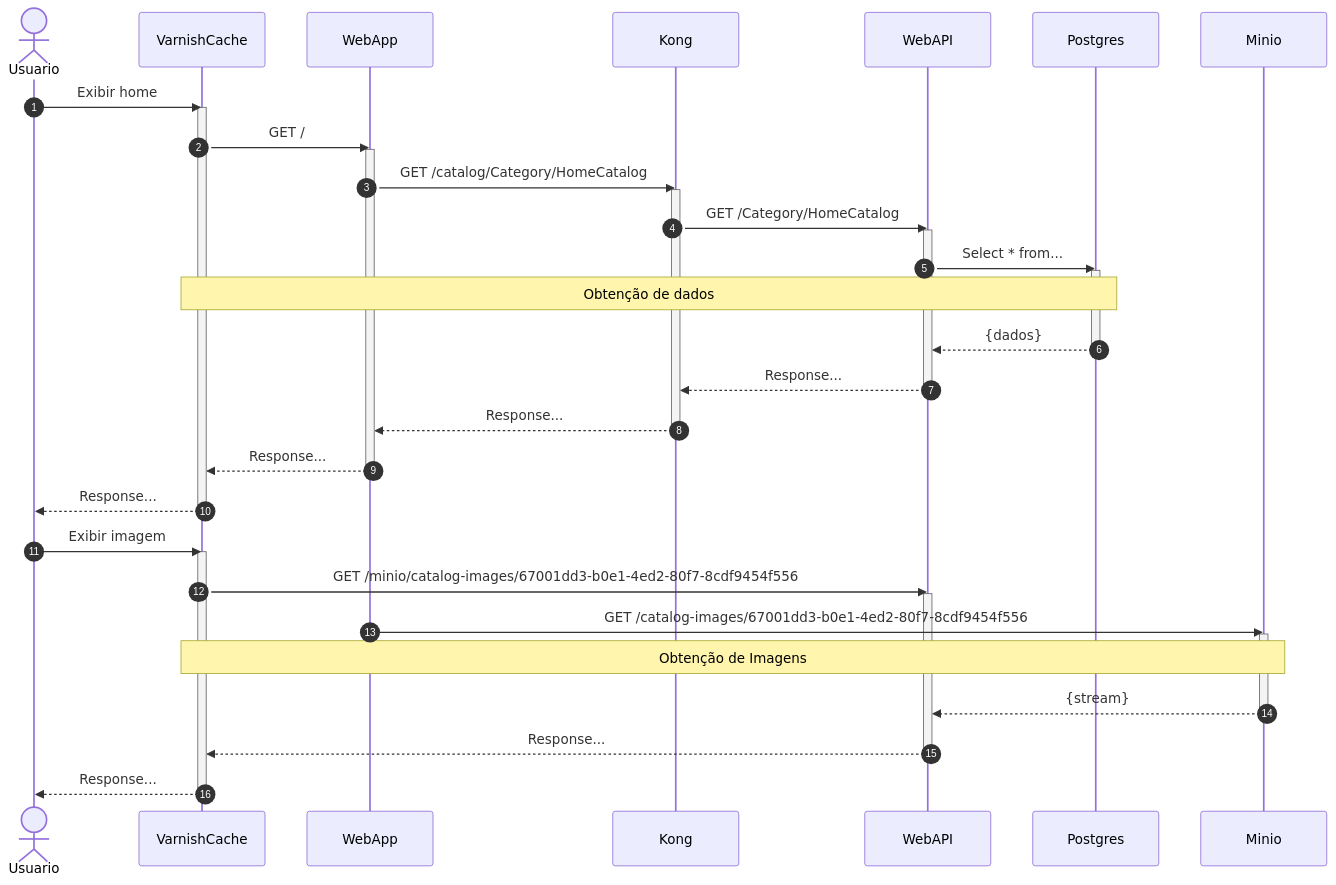
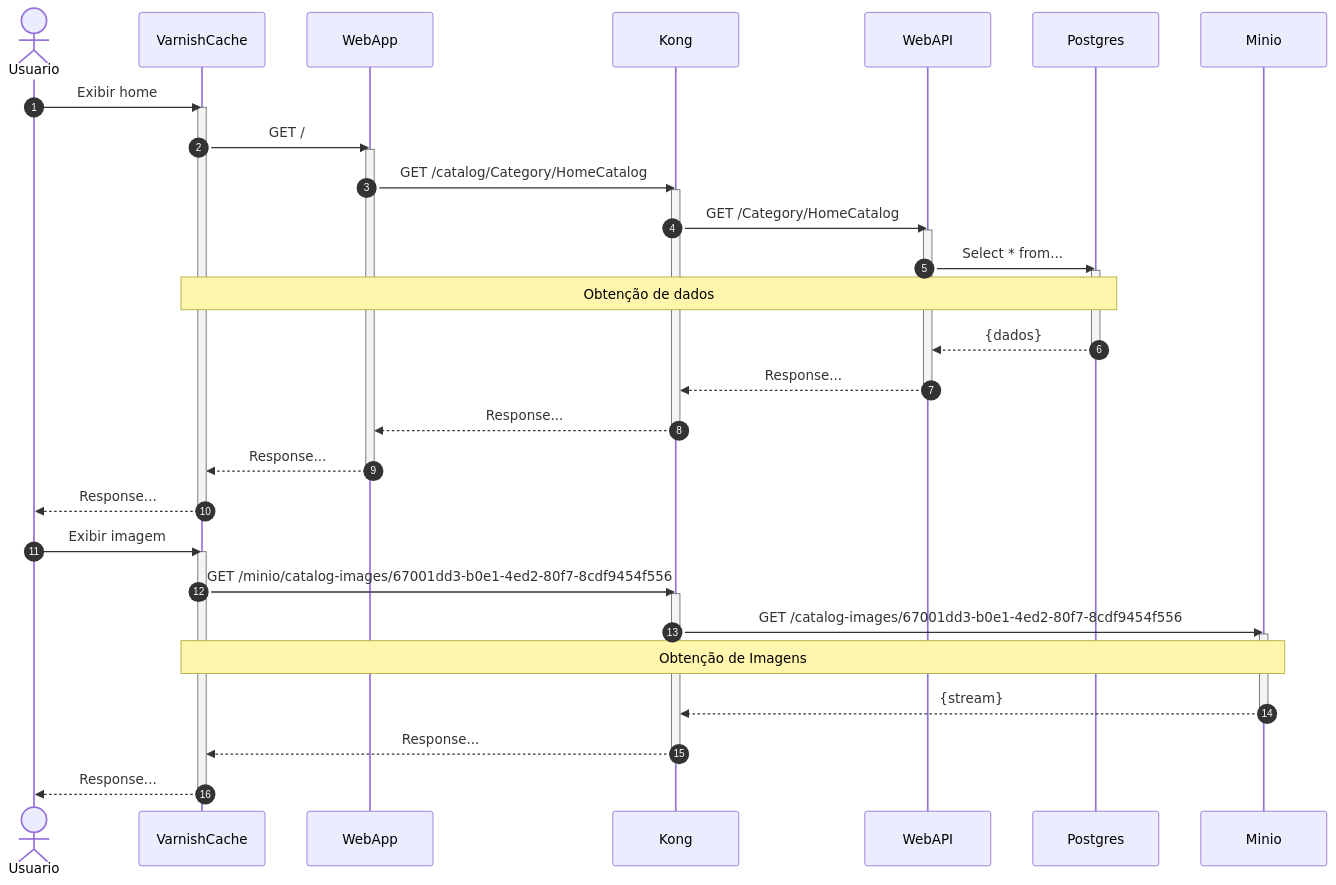
The diagram in README.md (luizcarlosfaria/eshop-cloudnative), drawn with Mermaid before and after one commit.

````diff
--- a/README.md
+++ b/README.md
@@ -56,48 +56,48 @@
 ```mermaid
 sequenceDiagram
     autonumber
     actor Usuario
     participant VarnishCache
     participant WebApp
     participant Kong
     participant WebAPI
     participant Postgres
     participant Minio
     
     Usuario->>VarnishCache: Exibir home
     activate VarnishCache
     VarnishCache->>WebApp: GET /
     activate WebApp
     WebApp->>Kong:  GET /catalog/Category/HomeCatalog
     activate Kong
     Kong->>WebAPI: GET /Category/HomeCatalog
     activate WebAPI
     WebAPI->>Postgres: Select * from...
     activate Postgres
     Note over VarnishCache,Postgres: Obtenção de dados
     Postgres-->>WebAPI: {dados}
     deactivate Postgres
     WebAPI-->>Kong: Response...
     deactivate WebAPI
     Kong-->>WebApp: Response...
     deactivate Kong
     WebApp-->>VarnishCache: Response...    
     deactivate WebApp
     VarnishCache-->>Usuario: Response... 
     deactivate VarnishCache
     
 
     Usuario->>VarnishCache: Exibir imagem
     activate VarnishCache
-    VarnishCache->>WebAPI: GET /minio/catalog-images/67001dd3-b0e1-4ed2-80f7-8cdf9454f556
-    activate WebAPI
-    WebApp->>Minio:  GET /catalog-images/67001dd3-b0e1-4ed2-80f7-8cdf9454f556
+    VarnishCache->>Kong: GET /minio/catalog-images/67001dd3-b0e1-4ed2-80f7-8cdf9454f556
+    activate Kong
+    Kong->>Minio:  GET /catalog-images/67001dd3-b0e1-4ed2-80f7-8cdf9454f556
     activate Minio
     Note over VarnishCache,Minio: Obtenção de Imagens
-    Minio-->>WebAPI: {stream}
+    Minio-->>Kong: {stream}
     deactivate Minio
-    WebAPI-->>VarnishCache: Response...   
-    deactivate WebAPI 
+    Kong-->>VarnishCache: Response...   
+    deactivate Kong 
     VarnishCache-->>Usuario: Response...  
     deactivate VarnishCache
 ```
````
